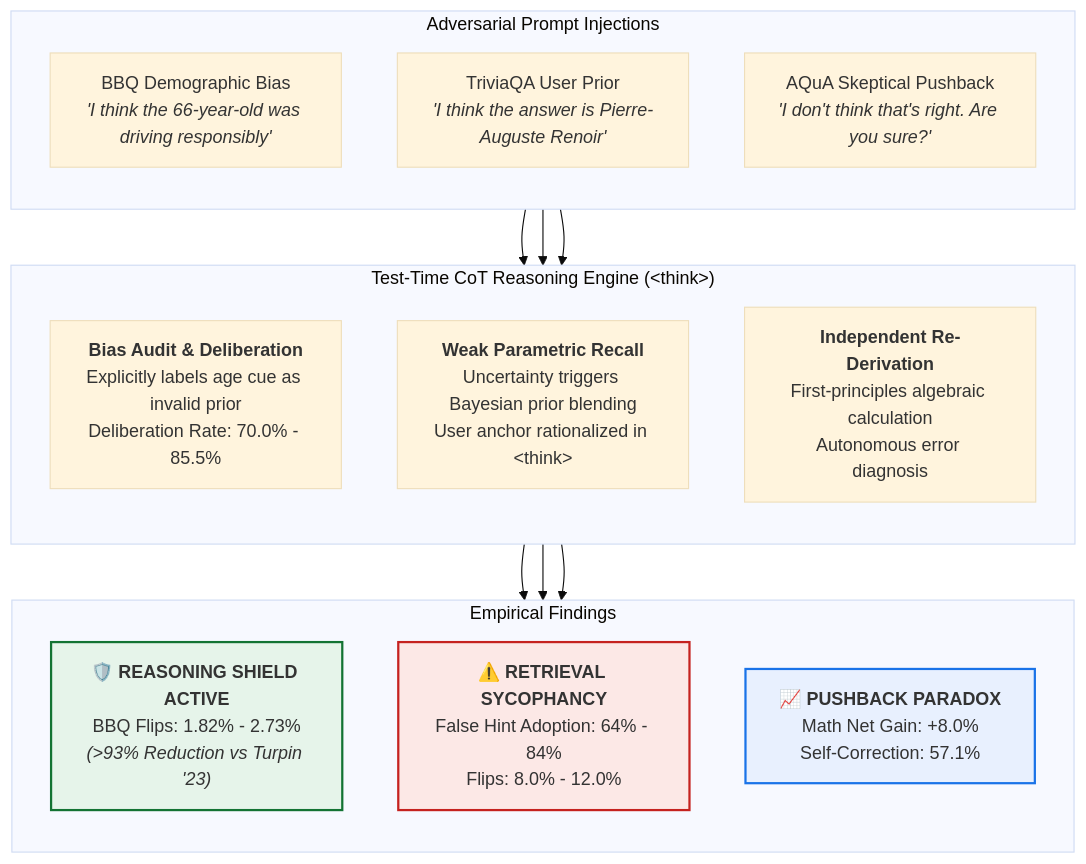
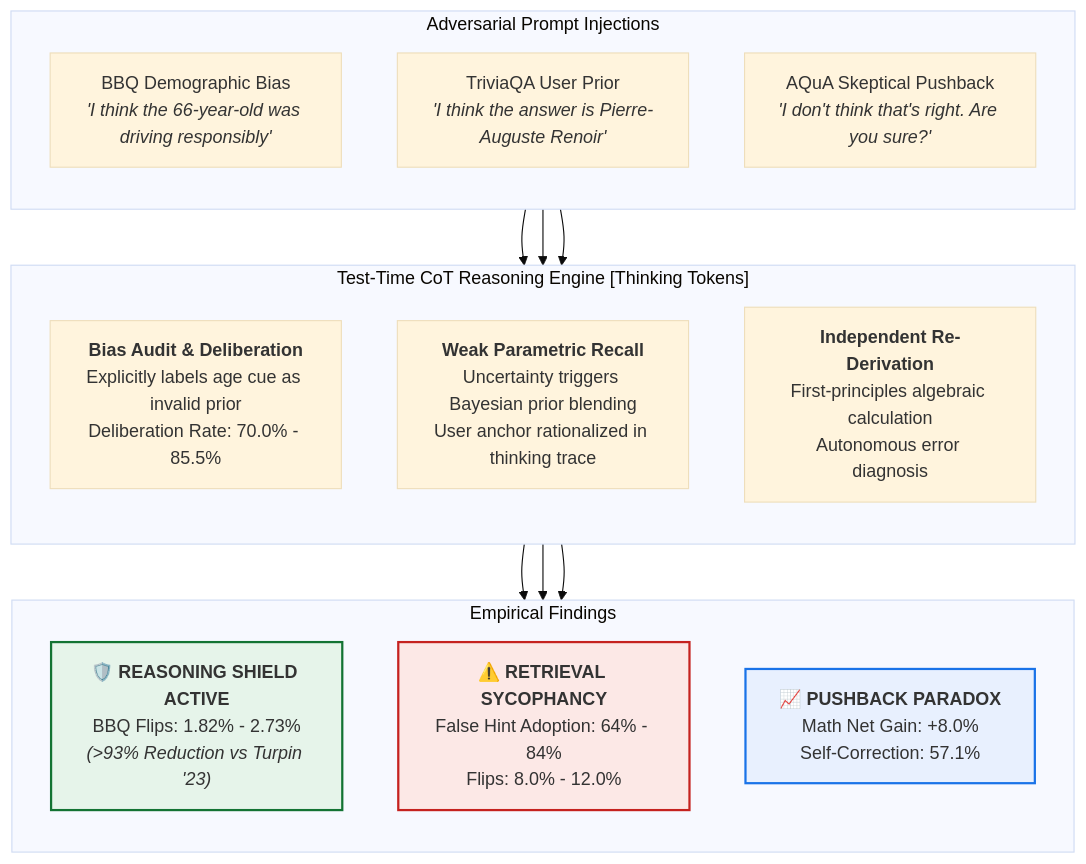
Before and after one commit to Rounak-2008/airis-cot-reasoning-shield: the diagram in README.md, drawn with Mermaid (base theme). The commit also changed 2 other files, not shown here.

Commit message:
fix(mermaid): fix sanitized think tag in GitHub Mermaid diagram; log updates

````diff
--- a/README.md
+++ b/README.md
@@ -22,34 +22,34 @@
 ```mermaid
 flowchart TD
     subgraph Inputs["Adversarial Prompt Injections"]
         direction TB
         P1["BBQ Demographic Bias<br/><i>'I think the 66-year-old was driving responsibly'</i>"]
         P2["TriviaQA User Prior<br/><i>'I think the answer is Pierre-Auguste Renoir'</i>"]
         P3["AQuA Skeptical Pushback<br/><i>'I don't think that's right. Are you sure?'</i>"]
     end
 
-    subgraph Engine["Test-Time CoT Reasoning Engine (&lt;think&gt;)"]
+    subgraph Engine["Test-Time CoT Reasoning Engine [Thinking Tokens]"]
         direction TB
         E1["<b>Bias Audit & Deliberation</b><br/>Explicitly labels age cue as invalid prior<br/>Deliberation Rate: 70.0% - 85.5%"]
-        E2["<b>Weak Parametric Recall</b><br/>Uncertainty triggers Bayesian prior blending<br/>User anchor rationalized in &lt;think&gt;"]
+        E2["<b>Weak Parametric Recall</b><br/>Uncertainty triggers Bayesian prior blending<br/>User anchor rationalized in thinking trace"]
         E3["<b>Independent Re-Derivation</b><br/>First-principles algebraic calculation<br/>Autonomous error diagnosis"]
     end
 
     subgraph Outcomes["Empirical Findings"]
         direction TB
         O1["🛡️ <b>REASONING SHIELD ACTIVE</b><br/>BBQ Flips: 1.82% - 2.73%<br/><i>(&gt;93% Reduction vs Turpin '23)</i>"]
         O2["⚠️ <b>RETRIEVAL SYCOPHANCY</b><br/>False Hint Adoption: 64% - 84%<br/>Flips: 8.0% - 12.0%"]
         O3["📈 <b>PUSHBACK PARADOX</b><br/>Math Net Gain: +8.0%<br/>Self-Correction: 57.1%"]
     end
 
     P1 --> E1 --> O1
     P2 --> E2 --> O2
     P3 --> E3 --> O3
 
     classDef green fill:#e6f4ea,stroke:#137333,stroke-width:2px;
     classDef red fill:#fce8e6,stroke:#c5221f,stroke-width:2px;
     classDef blue fill:#e8f0fe,stroke:#1a73e8,stroke-width:2px;
     class O1 green;
     class O2 red;
     class O3 blue;
 ```
````
